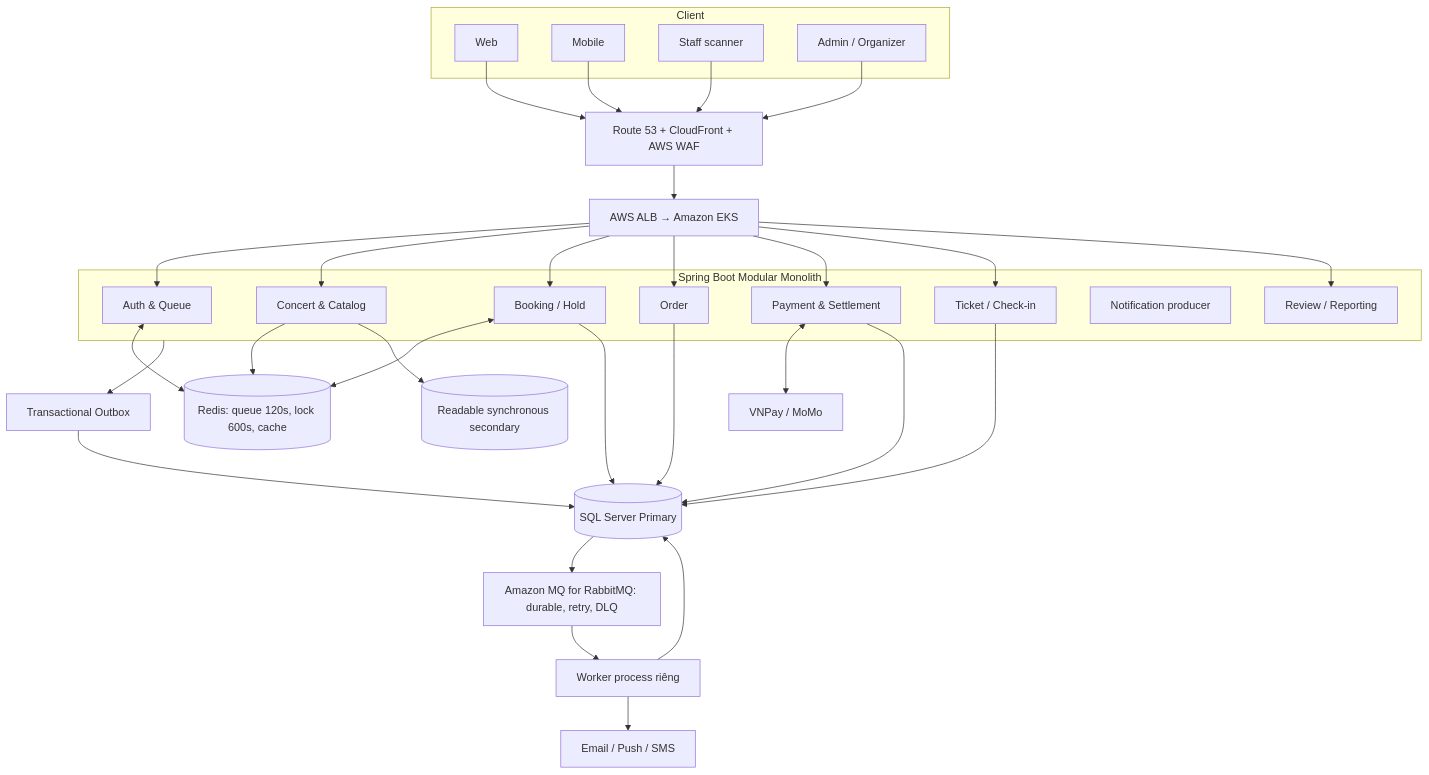
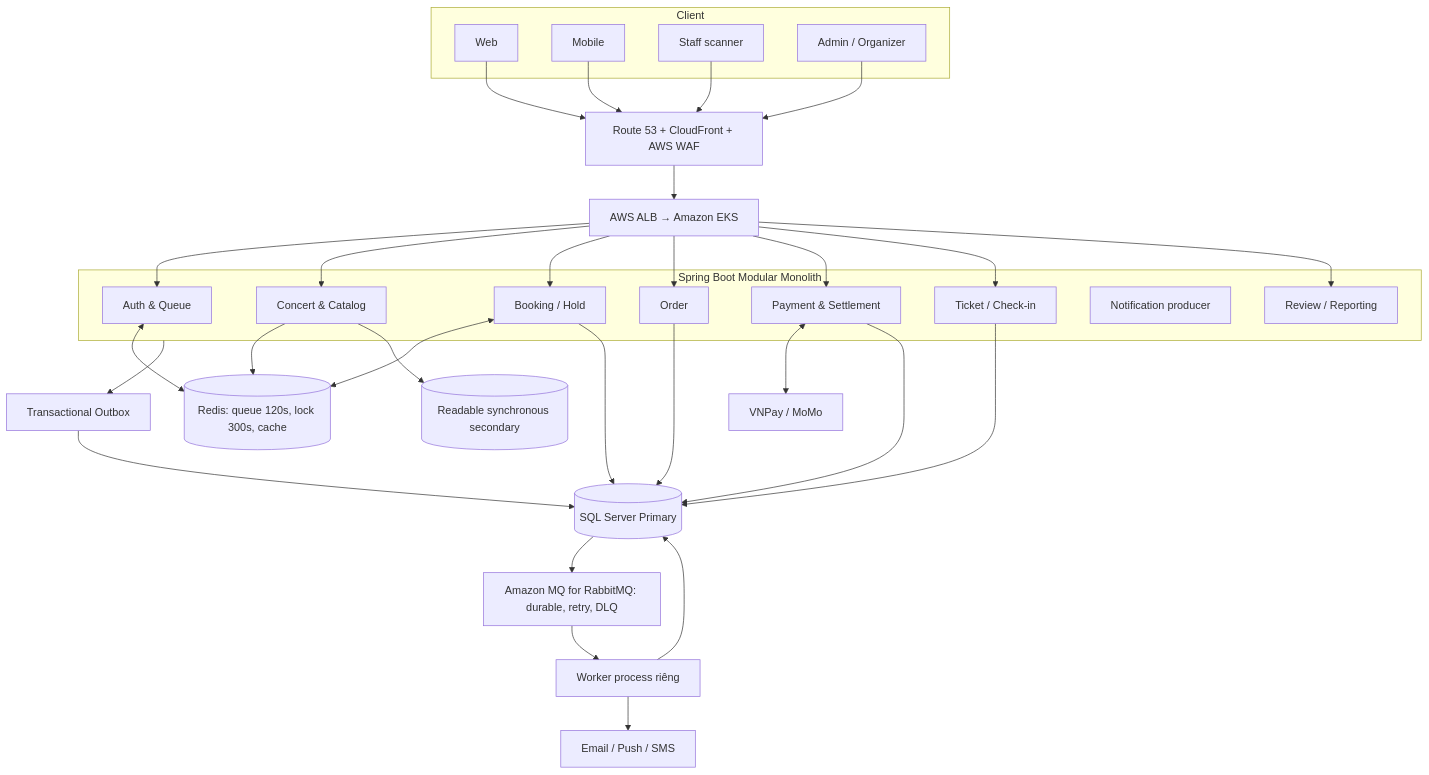
Diagram 14 of 20 in business-analysis/System_Design_Presentation.md (toanteng11/concert-ticketing-docs), drawn with Mermaid before and after one commit. The commit also changed other lines of this file and 43 other files, not shown here.

````diff
--- a/business-analysis/System_Design_Presentation.md
+++ b/business-analysis/System_Design_Presentation.md
@@ -731,56 +732,56 @@
-~~~mermaid
+```mermaid
 flowchart TB
   subgraph CLIENT["Client"]
     web["Web"]
     mobile["Mobile"]
     staff["Staff scanner"]
     admin["Admin / Organizer"]
   end
   cdn["Route 53 + CloudFront + AWS WAF"]
   gw["AWS ALB → Amazon EKS"]
   subgraph APP["Spring Boot Modular Monolith"]
     auth["Auth & Queue"]
     catalog["Concert & Catalog"]
     booking["Booking / Hold"]
     order["Order"]
     payment["Payment & Settlement"]
     ticket["Ticket / Check-in"]
     notify["Notification producer"]
     reports["Review / Reporting"]
   end
-  redis[("Redis: queue 120s, lock 600s, cache")]
+  redis[("Redis: queue 120s, lock 300s, cache")]
   sqlp[("SQL Server Primary")]
   sqls[("Readable synchronous secondary")]
   outbox["Transactional Outbox"]
   mq["Amazon MQ for RabbitMQ: durable, retry, DLQ"]
   worker["Worker process riêng"]
   providers["VNPay / MoMo"]
   channels["Email / Push / SMS"]
   web --> cdn
   mobile --> cdn
   staff --> cdn
   admin --> cdn
   cdn --> gw
   gw --> auth
   gw --> catalog
   gw --> booking
   gw --> order
   gw --> payment
   gw --> ticket
   gw --> reports
   auth <--> redis
   catalog --> redis
   catalog --> sqls
   booking <--> redis
   booking --> sqlp
   order --> sqlp
   payment <--> providers
   payment --> sqlp
   ticket --> sqlp
   APP --> outbox
   outbox --> sqlp
   sqlp --> mq
   mq --> worker
   worker --> sqlp
   worker --> channels
-~~~
+```
````
